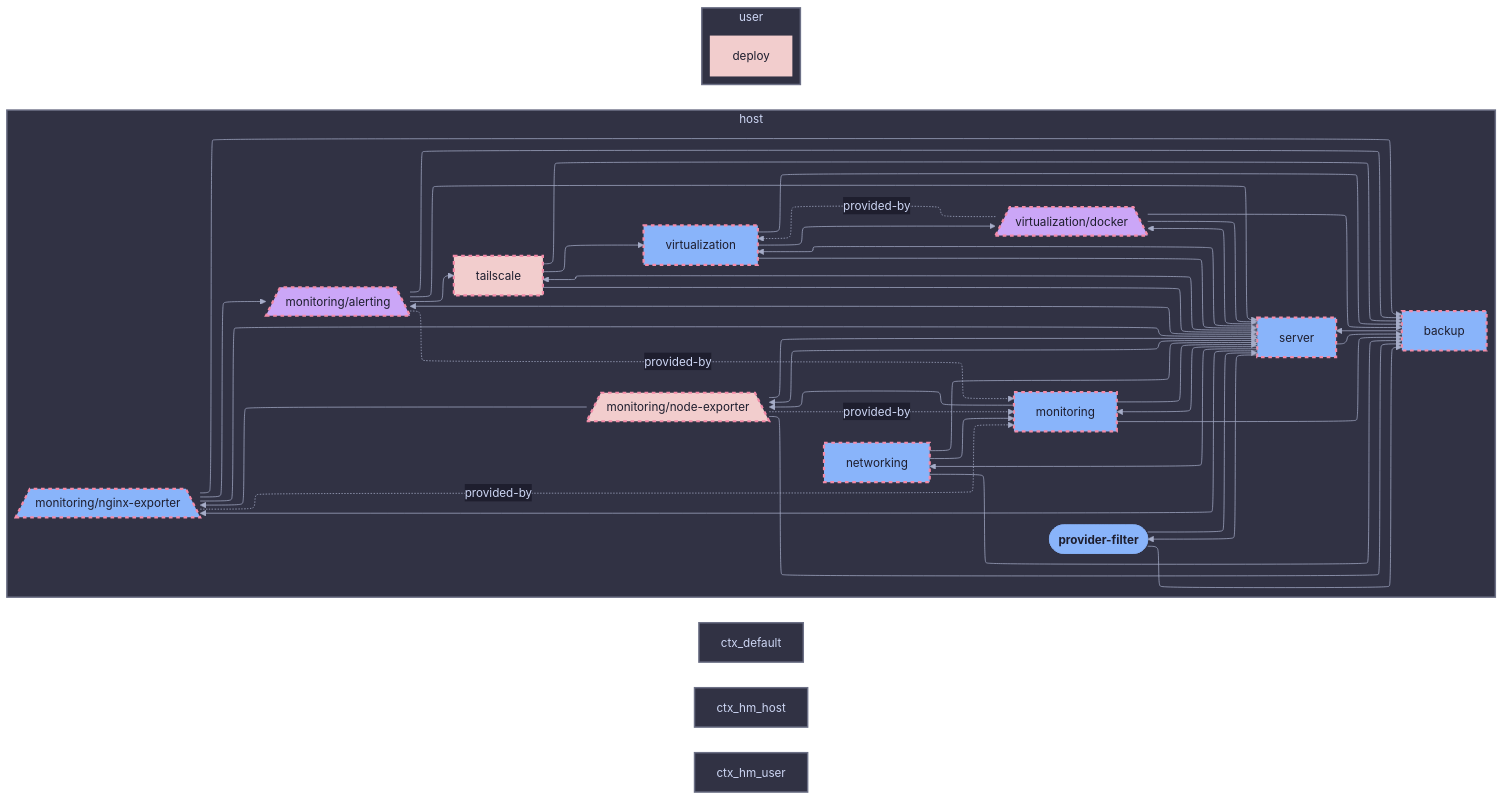
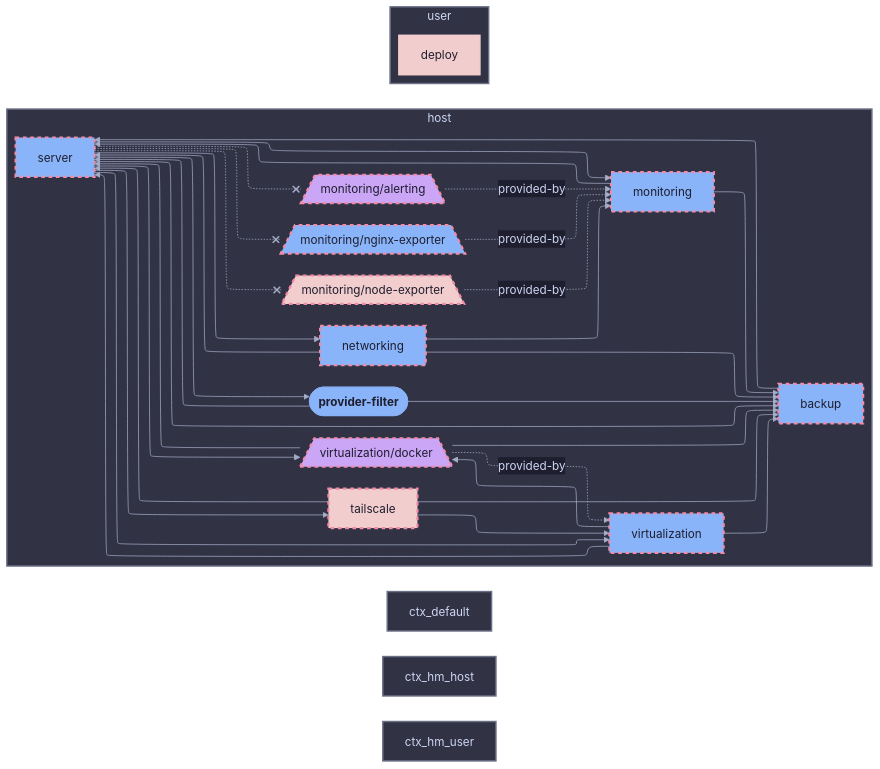
The diagram in templates/diag-fx-demo/diagrams/provider-filter-diff-classes.md (sini/den), drawn with Mermaid before and after one commit. The commit also changed 526 other files, not shown here.

Commit message:
chore: update fx diagrams

````diff
--- a/templates/diag-fx-demo/diagrams/provider-filter-diff-classes.md
+++ b/templates/diag-fx-demo/diagrams/provider-filter-diff-classes.md
@@ -5,82 +5,72 @@
 ```mermaid
 %%{init: {"elk":{"mergeEdges":true,"nodePlacementStrategy":"BRANDES_KOEPF"},"layout":"elk","theme":"base","themeVariables":{"activationBkgColor":"#313244","activationBorderColor":"#6c7086","actorBkg":"#313244","actorBorder":"#a6adc8","actorLineColor":"#a6adc8","actorTextColor":"#cdd6f4","background":"#1e1e2e","classText":"#cdd6f4","clusterBkg":"#313244","clusterBorder":"#6c7086","edgeLabelBackground":"#1e1e2e","labelBoxBkgColor":"#313244","labelBoxBorderColor":"#a6adc8","labelTextColor":"#cdd6f4","lineColor":"#a6adc8","loopTextColor":"#cdd6f4","mainBkg":"#313244","nodeBkg":"#313244","nodeBorder":"#a6adc8","nodeTextColor":"#cdd6f4","noteBkgColor":"#313244","noteBorderColor":"#6c7086","noteTextColor":"#cdd6f4","pie1":"#f38ba8","pie2":"#fab387","pie3":"#f9e2af","pie4":"#a6e3a1","pie5":"#94e2d5","pie6":"#89b4fa","pie7":"#cba6f7","pie8":"#f2cdcd","pieLegendTextColor":"#cdd6f4","pieOuterStrokeColor":"#6c7086","pieSectionTextColor":"#cdd6f4","pieStrokeColor":"#6c7086","pieTitleTextColor":"#cdd6f4","primaryBorderColor":"#a6adc8","primaryColor":"#313244","primaryTextColor":"#cdd6f4","secondBkg":"#313244","secondaryBorderColor":"#6c7086","secondaryColor":"#313244","secondaryTextColor":"#cdd6f4","sequenceNumberColor":"#1e1e2e","signalColor":"#a6adc8","signalTextColor":"#cdd6f4","tertiaryBorderColor":"#6c7086","tertiaryColor":"#313244","tertiaryTextColor":"#cdd6f4","textColor":"#cdd6f4","titleColor":"#cdd6f4"}}}%%
 graph LR
   provider_filter([provider-filter]):::root
 
   subgraph ctx_host["host"]
   monitoring__alerting[/"monitoring/alerting"\]:::monitoring__alerting_c
   backup["backup"]:::backup_c
   virtualization__docker[/"virtualization/docker"\]:::virtualization__docker_c
   monitoring["monitoring"]:::monitoring_c
   networking["networking"]:::networking_c
   monitoring__nginx_exporter[/"monitoring/nginx-exporter"\]:::monitoring__nginx_exporter_c
   monitoring__node_exporter[/"monitoring/node-exporter"\]:::monitoring__node_exporter_c
   server["server"]:::server_c
   tailscale["tailscale"]:::tailscale_c
   virtualization["virtualization"]:::virtualization_c
   backup --> server
   monitoring --> backup
-  monitoring --> monitoring__node_exporter
   monitoring --> server
-  monitoring__alerting --> backup
   monitoring__alerting -.->|provided-by| monitoring
-  monitoring__alerting --> server
-  monitoring__alerting --> tailscale
-  monitoring__nginx_exporter --> backup
   monitoring__nginx_exporter -.->|provided-by| monitoring
-  monitoring__nginx_exporter --> monitoring__alerting
-  monitoring__nginx_exporter --> server
-  monitoring__node_exporter --> backup
   monitoring__node_exporter -.->|provided-by| monitoring
-  monitoring__node_exporter --> monitoring__nginx_exporter
-  monitoring__node_exporter --> server
   networking --> backup
   networking --> monitoring
   networking --> server
   provider_filter --> backup
   provider_filter --> server
   server --> backup
   server --> monitoring
-  server --> monitoring__alerting
-  server --> monitoring__nginx_exporter
-  server --> monitoring__node_exporter
+  server -.-x monitoring__alerting
+  server -.-x monitoring__nginx_exporter
+  server -.-x monitoring__node_exporter
   server --> networking
   server --> provider_filter
   server --> tailscale
   server --> virtualization
   server --> virtualization__docker
   tailscale --> backup
   tailscale --> server
   tailscale --> virtualization
   virtualization --> backup
   virtualization --> server
   virtualization --> virtualization__docker
   virtualization__docker --> backup
   virtualization__docker --> server
   virtualization__docker -.->|provided-by| virtualization
   end
   subgraph ctx_user["user"]
   deploy["deploy"]:::deploy_c
 
   end
 
 
   classDef root fill:#89b4fa,stroke:#89b4fa,color:#1e1e2e,font-weight:bold
   classDef monitoring__alerting_c fill:#cba6f7,stroke:#f38ba8,color:#1e1e2e,stroke-dasharray: 5 5,stroke-width:3px
   classDef backup_c fill:#89b4fa,stroke:#f38ba8,color:#1e1e2e,stroke-dasharray: 5 5,stroke-width:3px
   classDef deploy_c fill:#f2cdcd,stroke:#f2cdcd,color:#1e1e2e,stroke-width:2px
   classDef virtualization__docker_c fill:#cba6f7,stroke:#f38ba8,color:#1e1e2e,stroke-dasharray: 5 5,stroke-width:3px
   classDef monitoring_c fill:#89b4fa,stroke:#f38ba8,color:#1e1e2e,stroke-dasharray: 5 5,stroke-width:3px
   classDef networking_c fill:#89b4fa,stroke:#f38ba8,color:#1e1e2e,stroke-dasharray: 5 5,stroke-width:3px
   classDef monitoring__nginx_exporter_c fill:#89b4fa,stroke:#f38ba8,color:#1e1e2e,stroke-dasharray: 5 5,stroke-width:3px
   classDef monitoring__node_exporter_c fill:#f2cdcd,stroke:#f38ba8,color:#1e1e2e,stroke-dasharray: 5 5,stroke-width:3px
   classDef provider_filter_c fill:#89b4fa,stroke:#f38ba8,color:#1e1e2e,stroke-dasharray: 5 5,stroke-width:3px
   classDef server_c fill:#89b4fa,stroke:#f38ba8,color:#1e1e2e,stroke-dasharray: 5 5,stroke-width:3px
   classDef tailscale_c fill:#f2cdcd,stroke:#f38ba8,color:#1e1e2e,stroke-dasharray: 5 5,stroke-width:3px
   classDef virtualization_c fill:#89b4fa,stroke:#f38ba8,color:#1e1e2e,stroke-dasharray: 5 5,stroke-width:3px
 style ctx_host fill:#313244,stroke:#6c7086,stroke-width:2px
 style ctx_default fill:#313244,stroke:#6c7086,stroke-width:2px
 style ctx_hm_host fill:#313244,stroke:#6c7086,stroke-width:2px
 style ctx_hm_user fill:#313244,stroke:#6c7086,stroke-width:2px
 style ctx_user fill:#313244,stroke:#6c7086,stroke-width:2px
 ```
````
